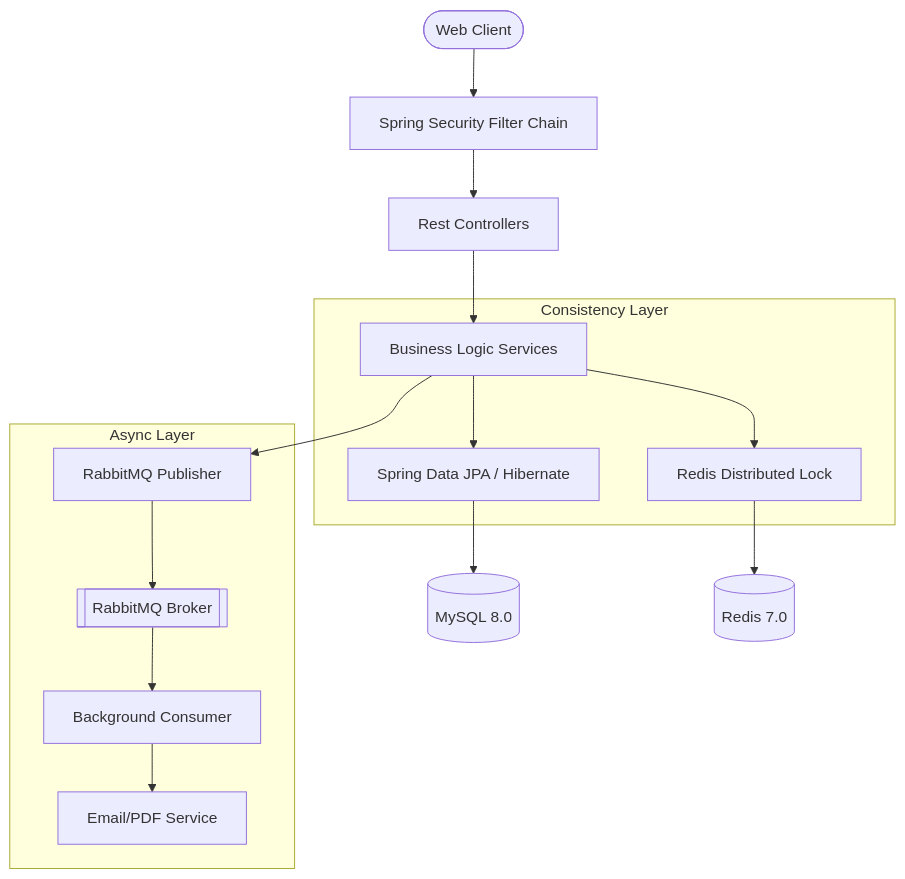
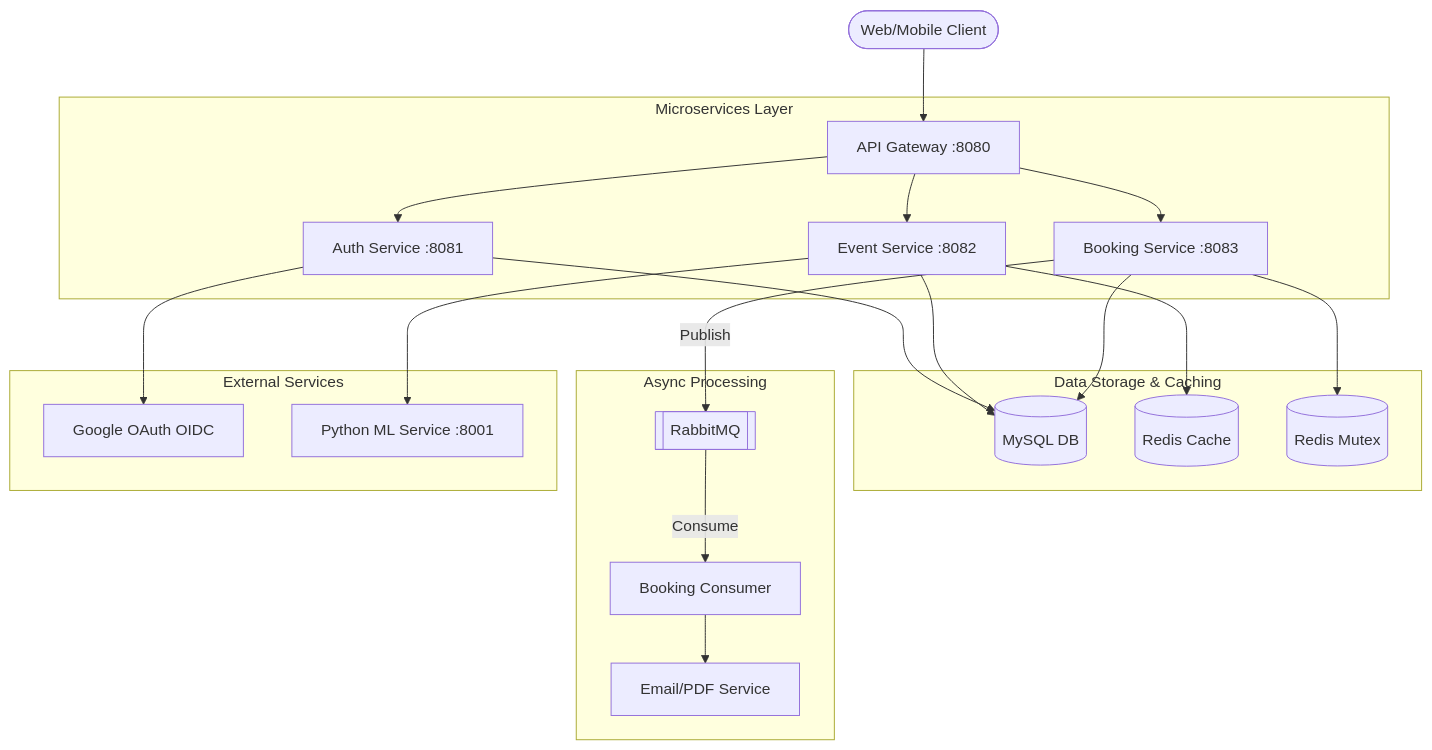
The first of 2 diagrams in README.md (Mahesh5f4/event-management-system), drawn with Mermaid before and after one commit. The commit also changed other lines of this file and 68 other files, not shown here.

````diff
--- a/README.md
+++ b/README.md
@@ -36,21 +43,29 @@
 ```mermaid
 graph TD
-    User([Web Client]) --> Gateway[Spring Security Filter Chain]
-    Gateway --> Controllers[Rest Controllers]
-    Controllers --> Services[Business Logic Services]
+    Client([Web/Mobile Client]) --> Gateway[API Gateway :8080]
     
-    subgraph "Consistency Layer"
-        Services --> RedisLock[Redis Distributed Lock]
-        Services --> JPA[Spring Data JPA / Hibernate]
+    subgraph "Microservices Layer"
+        Gateway --> Auth[Auth Service :8081]
+        Gateway --> Event[Event Service :8082]
+        Gateway --> Booking[Booking Service :8083]
     end
     
-    JPA --> MySQL[(MySQL 8.0)]
-    RedisLock --> Redis[(Redis 7.0)]
+    subgraph "Data Storage & Caching"
+        Auth --> MySQL[(MySQL DB)]
+        Event --> MySQL
+        Booking --> MySQL
+        Event --> Redis[(Redis Cache)]
+        Booking --> RedisLock[(Redis Mutex)]
+    end
     
-    subgraph "Async Layer"
-        Services --> RMQ_Pub[RabbitMQ Publisher]
-        RMQ_Pub --> RMQ[[RabbitMQ Broker]]
-        RMQ --> RMQ_Sub[Background Consumer]
-        RMQ_Sub --> Mail[Email/PDF Service]
+    subgraph "Async Processing"
+        Booking -- Publish --> RMQ[[RabbitMQ]]
+        RMQ -- Consume --> BookingWorker[Booking Consumer]
+        BookingWorker --> Notification[Email/PDF Service]
+    end
+    
+    subgraph "External Services"
+        Auth --> Google[Google OAuth OIDC]
+        Event --> ML[Python ML Service :8001]
     end
 ```
````
